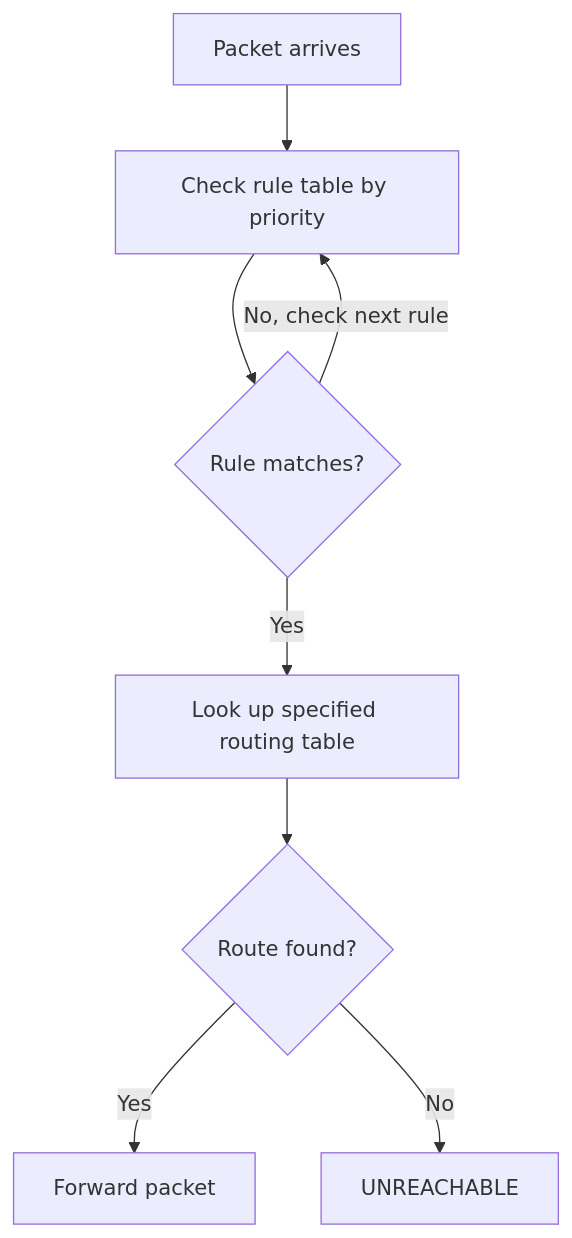
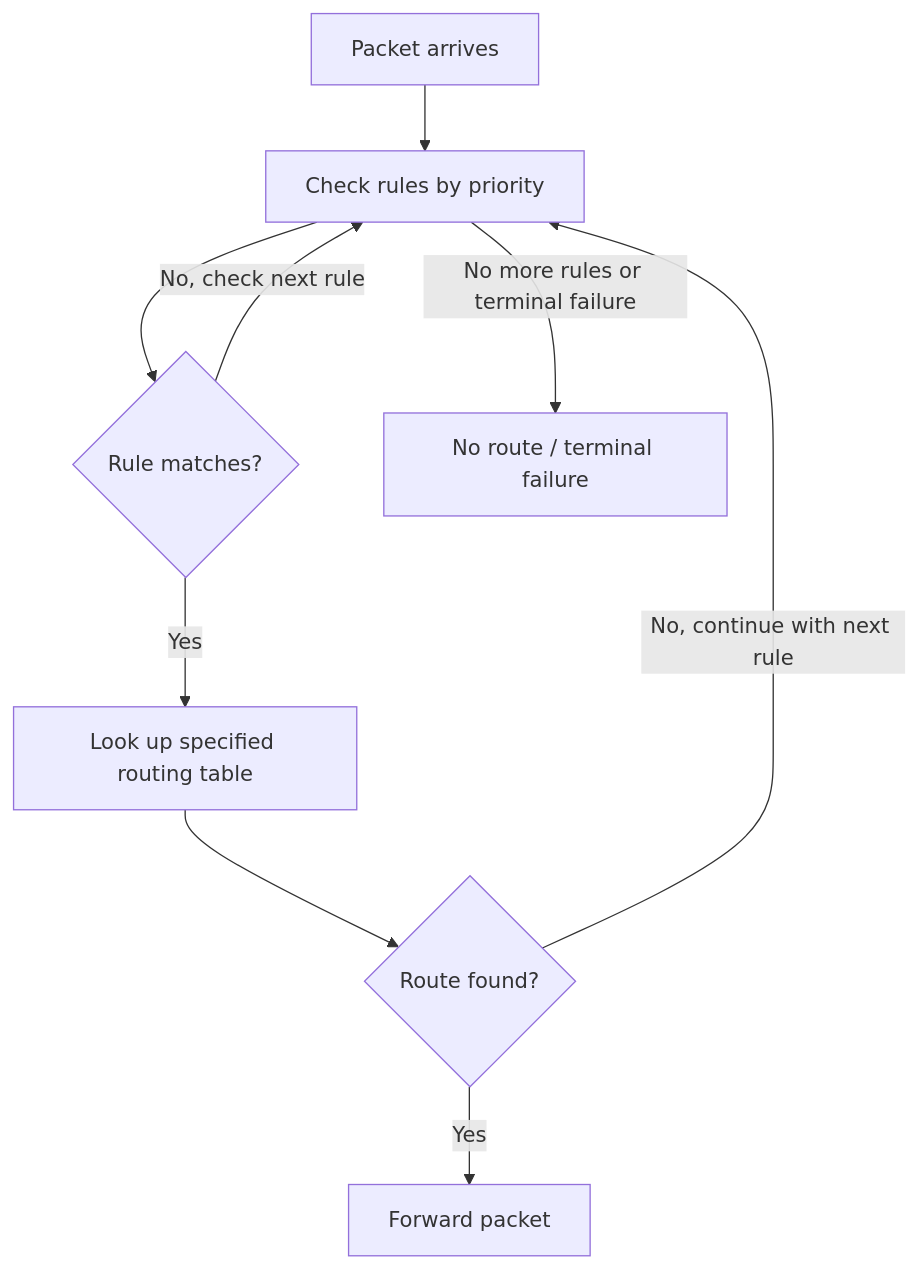
Before and after one commit to OneUptime/blog: the diagram in posts/2026-03-20-ipv6-policy-based-routing-linux/README.md, drawn with Mermaid. The commit also changed other lines of this file and 2 other files, not shown here.

````diff
--- a/posts/2026-03-20-ipv6-policy-based-routing-linux/README.md
+++ b/posts/2026-03-20-ipv6-policy-based-routing-linux/README.md
@@ -17,10 +17,11 @@
 ```mermaid
 graph TD
-    A[Packet arrives] --> B[Check rule table by priority]
+    A[Packet arrives] --> B[Check rules by priority]
     B --> C{Rule matches?}
     C -->|Yes| D[Look up specified routing table]
     C -->|No, check next rule| B
     D --> E{Route found?}
     E -->|Yes| F[Forward packet]
-    E -->|No| G[UNREACHABLE]
+    E -->|No, continue with next rule| B
+    B -->|No more rules or terminal failure| G[No route / terminal failure]
 ```
````
